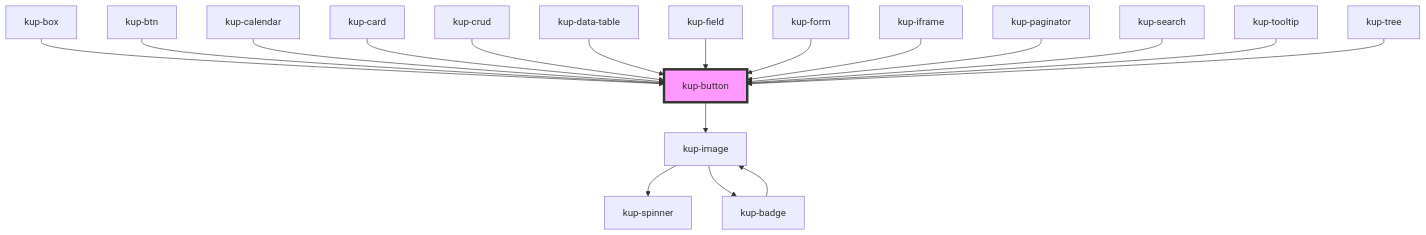
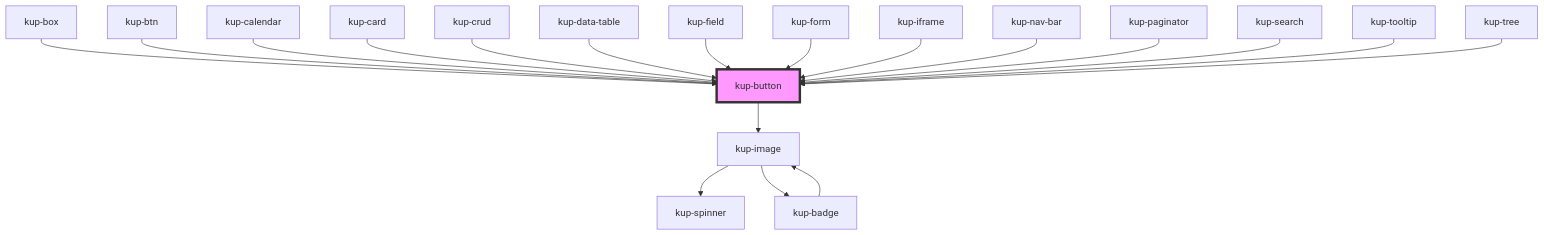
Before and after one commit to smeup/ketchup: the diagram in packages/ketchup/src/components/kup-button/readme.md, drawn with Mermaid. The commit also changed other lines of this file and 15 other files, not shown here.

Commit message:
first commit: develop kup-nav-bar component

````diff
--- a/packages/ketchup/src/components/kup-button/readme.md
+++ b/packages/ketchup/src/components/kup-button/readme.md
@@ -59,21 +60,22 @@
 ```mermaid
 graph TD;
   kup-button --> kup-image
   kup-image --> kup-spinner
   kup-image --> kup-badge
   kup-badge --> kup-image
   kup-box --> kup-button
   kup-btn --> kup-button
   kup-calendar --> kup-button
   kup-card --> kup-button
   kup-crud --> kup-button
   kup-data-table --> kup-button
   kup-field --> kup-button
   kup-form --> kup-button
   kup-iframe --> kup-button
+  kup-nav-bar --> kup-button
   kup-paginator --> kup-button
   kup-search --> kup-button
   kup-tooltip --> kup-button
   kup-tree --> kup-button
   style kup-button fill:#f9f,stroke:#333,stroke-width:4px
 ```
````
